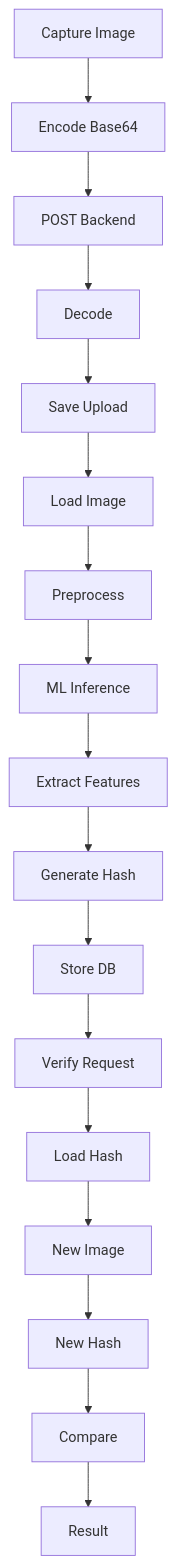
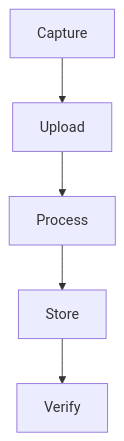
Before and after one commit to BTech20/biometric-auth-system: the tenth of 15 diagrams in ARCHITECTURE.md, drawn with Mermaid. The commit also changed other lines of this file, not shown here.

First line of the commit message:
Ultra-simplify Mermaid diagrams to basic graph syntax

````diff
--- a/ARCHITECTURE.md
+++ b/ARCHITECTURE.md
@@ -229,19 +192,7 @@
 ```mermaid
-flowchart TB
-    A[Capture Image] --> B[Encode Base64]
-    B --> C[POST Backend]
-    C --> D[Decode]
-    D --> E[Save Upload]
-    E --> F[Load Image]
-    F --> G[Preprocess]
-    G --> H[ML Inference]
-    H --> I[Extract Features]
-    I --> J[Generate Hash]
-    J --> K[Store DB]
-    K --> L[Verify Request]
-    L --> M[Load Hash]
-    M --> N[New Image]
-    N --> O[New Hash]
-    O --> P[Compare]
-    P --> Q[Result]
+graph TD
+    A[Capture] --> B[Upload]
+    B --> C[Process]
+    C --> D[Store]
+    D --> E[Verify]
 ```
````
